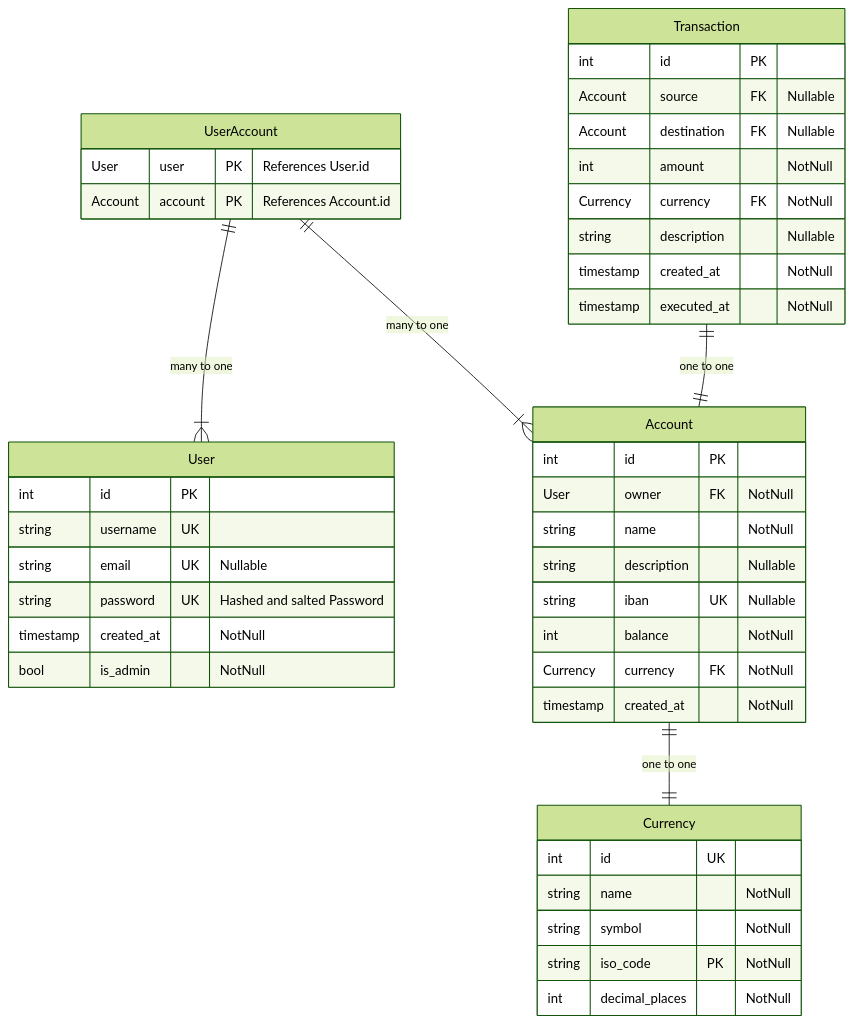
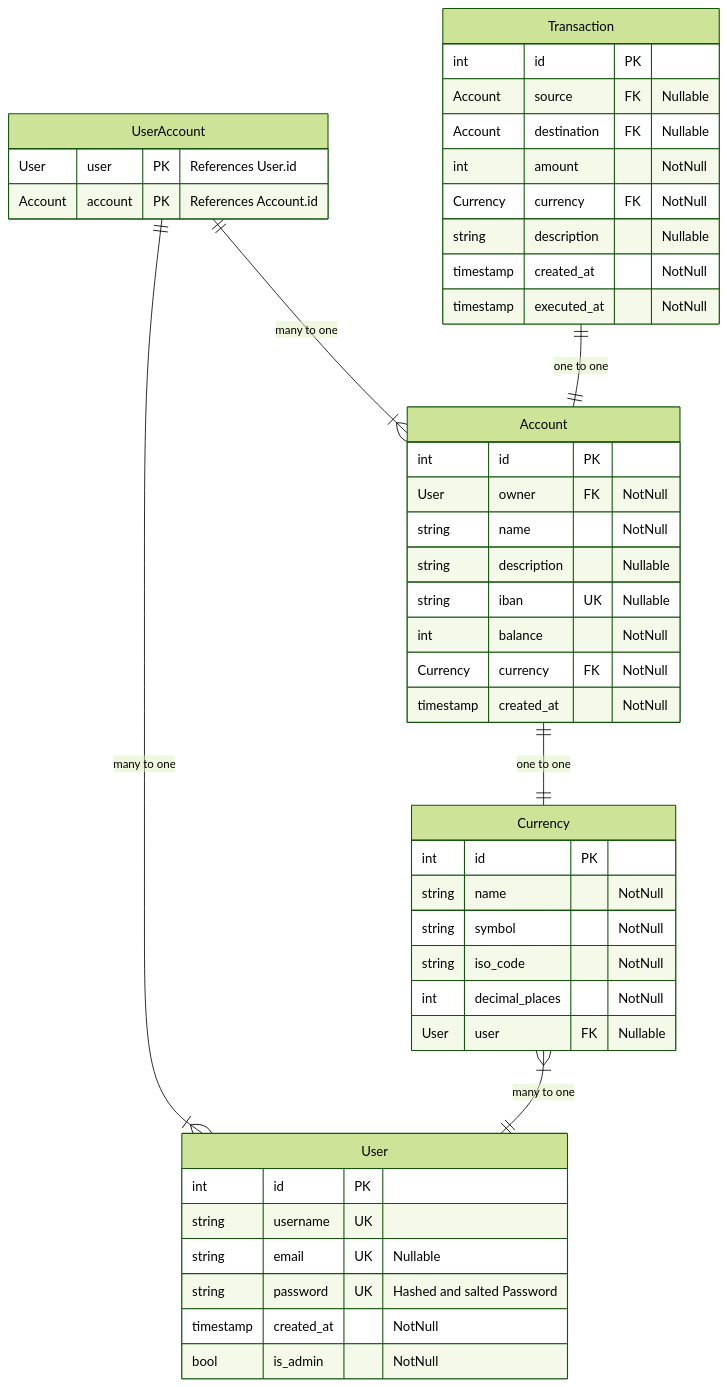
Before and after one commit to jt-foss/financrr-app: the diagram in src/db/README.md, drawn with Mermaid (forest theme). The commit also changed 1 other file, not shown here.

Commit message:
introduced currency controller

````diff
--- a/src/db/README.md
+++ b/src/db/README.md
@@ -5,51 +5,53 @@
 ```mermaid
 
 erDiagram
-	Currency {
-		int id UK
-		string name "NotNull"
-		string symbol "NotNull"
-		string iso_code PK "NotNull"
-		int decimal_places "NotNull"
-	}
-
 	User {
 		int id PK
 		string username UK
 		string email UK "Nullable"
 		string password UK "Hashed and salted Password"
 		timestamp created_at "NotNull"
 		bool is_admin "NotNull"
 	}
+
+	Currency {
+		int id PK
+		string name "NotNull"
+		string symbol "NotNull"
+		string iso_code "NotNull"
+		int decimal_places "NotNull"
+		User user FK "Nullable"
+	}
+	Currency }|--|| User: "many to one"
 
 	Account {
 		int id PK
 		User owner FK "NotNull"
 		string name "NotNull"
 		string description "Nullable"
 		string iban UK "Nullable"
 		int balance "NotNull"
 		Currency currency FK "NotNull"
 		timestamp created_at "NotNull"
 	}
 	Account ||--|| Currency: "one to one"
 
 	UserAccount {
 		User user PK "References User.id"
 		Account account PK "References Account.id"
 	}
 	UserAccount ||--|{ User: "many to one"
 	UserAccount ||--|{ Account: "many to one"
 
 	Transaction {
 		int id PK
 		Account source FK "Nullable"
 		Account destination FK "Nullable"
 		int amount "NotNull"
 		Currency currency FK "NotNull"
 		string description "Nullable"
 		timestamp created_at "NotNull"
 		timestamp executed_at "NotNull"
 	}
 	Transaction ||--|| Account: "one to one"
 ```
````
